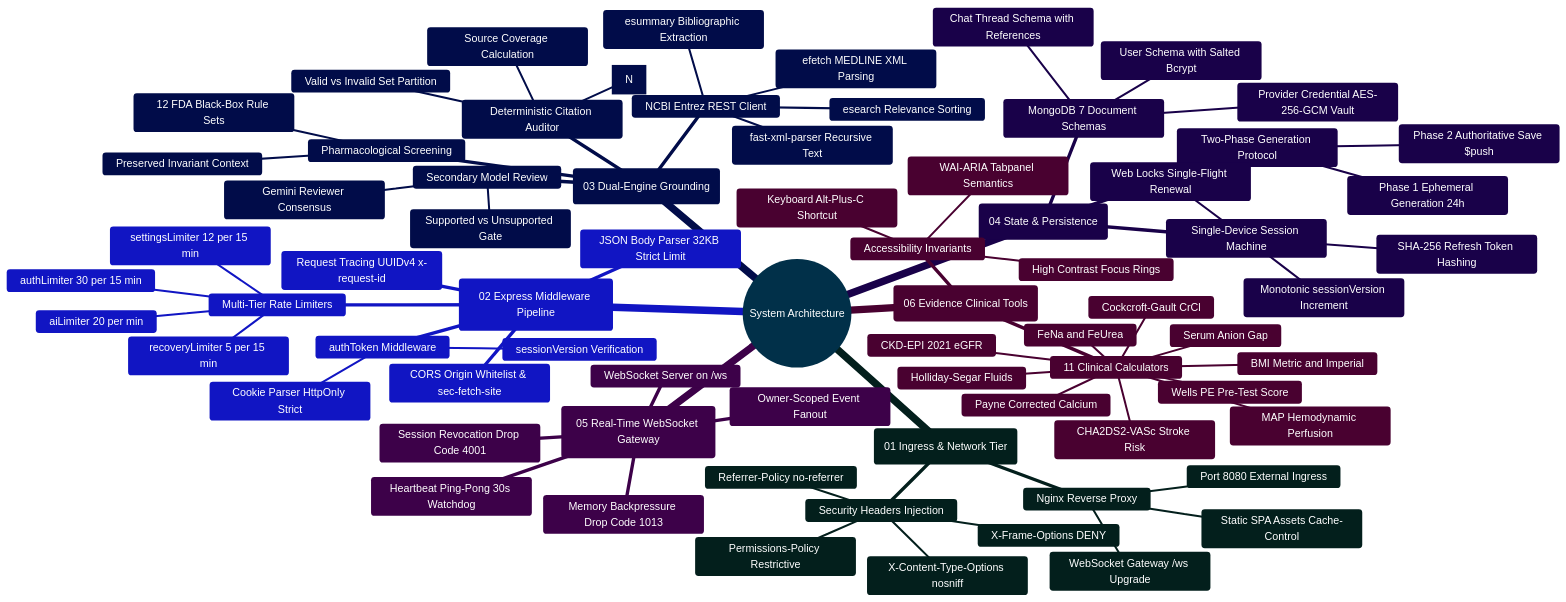
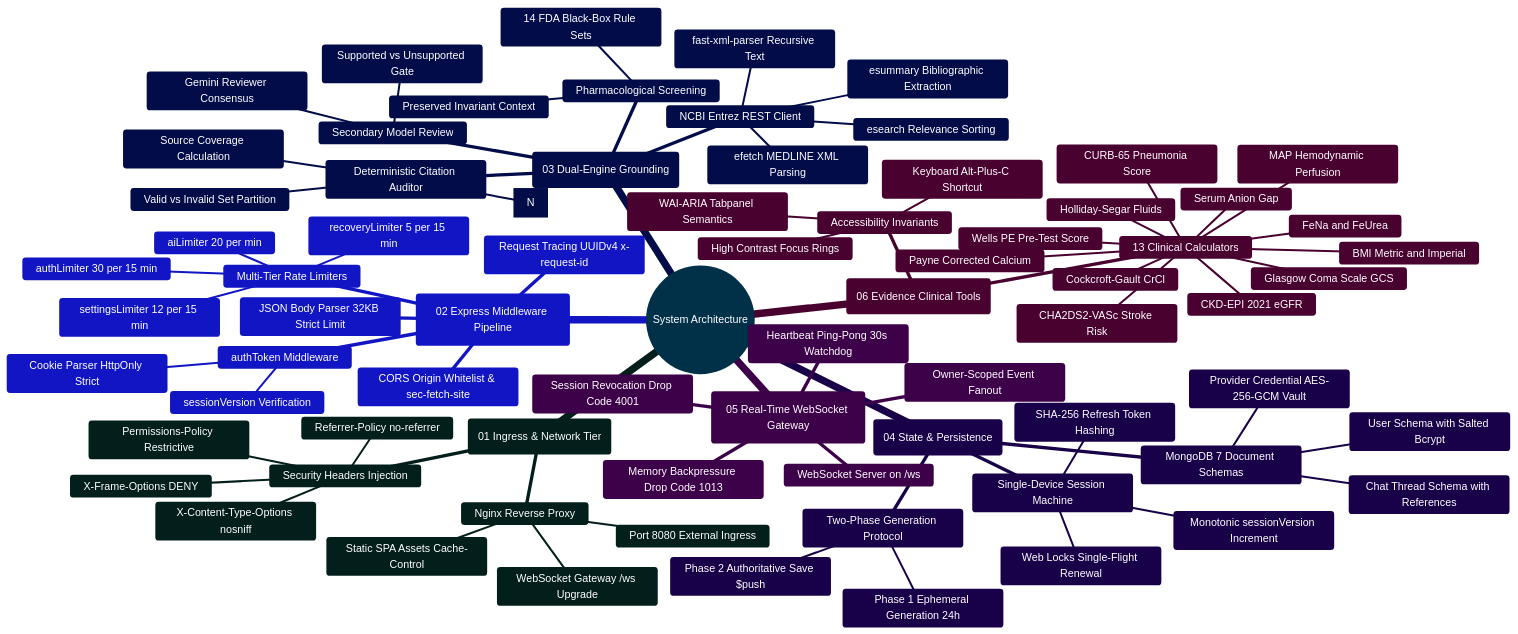
One commit to Ganesh172919/React-App-LLM changed the diagram in docs/SYSTEM_ARCHITECTURE_DEEP_DIVE.md. Above: the diagram before and after it, drawn with Mermaid. The commit also changed other lines of this file and 11 other files, not shown here.

Commit message:
docs: comprehensive update across architecture, 13 clinical tools, and 14 FDA drug interaction rules

````diff
--- a/docs/SYSTEM_ARCHITECTURE_DEEP_DIVE.md
+++ b/docs/SYSTEM_ARCHITECTURE_DEEP_DIVE.md
@@ -70,78 +70,80 @@
 ```mermaid
 %%{init: {'theme': 'base', 'themeVariables': { 'primaryColor': '#0284c7', 'primaryTextColor': '#ffffff', 'primaryBorderColor': '#0369a1', 'lineColor': '#0284c7', 'secondaryColor': '#0d9488', 'tertiaryColor': '#6366f1' }}}%%
 mindmap
   root((System Architecture))
     ::icon(fa fa-cogs)
     (01 Ingress & Network Tier)
       Nginx Reverse Proxy
         Port 8080 External Ingress
         Static SPA Assets Cache-Control
         WebSocket Gateway /ws Upgrade
       Security Headers Injection
         X-Content-Type-Options nosniff
         X-Frame-Options DENY
         Referrer-Policy no-referrer
         Permissions-Policy Restrictive
     (02 Express Middleware Pipeline)
       Request Tracing UUIDv4 x-request-id
       CORS Origin Whitelist & sec-fetch-site
       JSON Body Parser 32KB Strict Limit
       Multi-Tier Rate Limiters
         authLimiter 30 per 15 min
         recoveryLimiter 5 per 15 min
         aiLimiter 20 per min
         settingsLimiter 12 per 15 min
       authToken Middleware
         Cookie Parser HttpOnly Strict
         sessionVersion Verification
     (03 Dual-Engine Grounding)
       NCBI Entrez REST Client
         esearch Relevance Sorting
         esummary Bibliographic Extraction
         efetch MEDLINE XML Parsing
         fast-xml-parser Recursive Text
       Deterministic Citation Auditor
         Bracket Regex Extraction [N]
         Valid vs Invalid Set Partition
         Source Coverage Calculation
       Secondary Model Review
         Gemini Reviewer Consensus
         Supported vs Unsupported Gate
       Pharmacological Screening
-        12 FDA Black-Box Rule Sets
+        14 FDA Black-Box Rule Sets
         Preserved Invariant Context
     (04 State & Persistence)
       Two-Phase Generation Protocol
         Phase 1 Ephemeral Generation 24h
         Phase 2 Authoritative Save $push
       Single-Device Session Machine
         Monotonic sessionVersion Increment
         SHA-256 Refresh Token Hashing
         Web Locks Single-Flight Renewal
       MongoDB 7 Document Schemas
         User Schema with Salted Bcrypt
         Chat Thread Schema with References
         Provider Credential AES-256-GCM Vault
     (05 Real-Time WebSocket Gateway)
       WebSocket Server on /ws
       Heartbeat Ping-Pong 30s Watchdog
       Session Revocation Drop Code 4001
       Memory Backpressure Drop Code 1013
       Owner-Scoped Event Fanout
     (06 Evidence Clinical Tools)
-      11 Clinical Calculators
+      13 Clinical Calculators
         BMI Metric and Imperial
         CKD-EPI 2021 eGFR
         CHA2DS2-VASc Stroke Risk
         MAP Hemodynamic Perfusion
         Cockcroft-Gault CrCl
         Payne Corrected Calcium
         Serum Anion Gap
         FeNa and FeUrea
         Holliday-Segar Fluids
         Wells PE Pre-Test Score
+        CURB-65 Pneumonia Score
+        Glasgow Coma Scale GCS
       Accessibility Invariants
         WAI-ARIA Tabpanel Semantics
         Keyboard Alt-Plus-C Shortcut
         High Contrast Focus Rings
 ```
````
